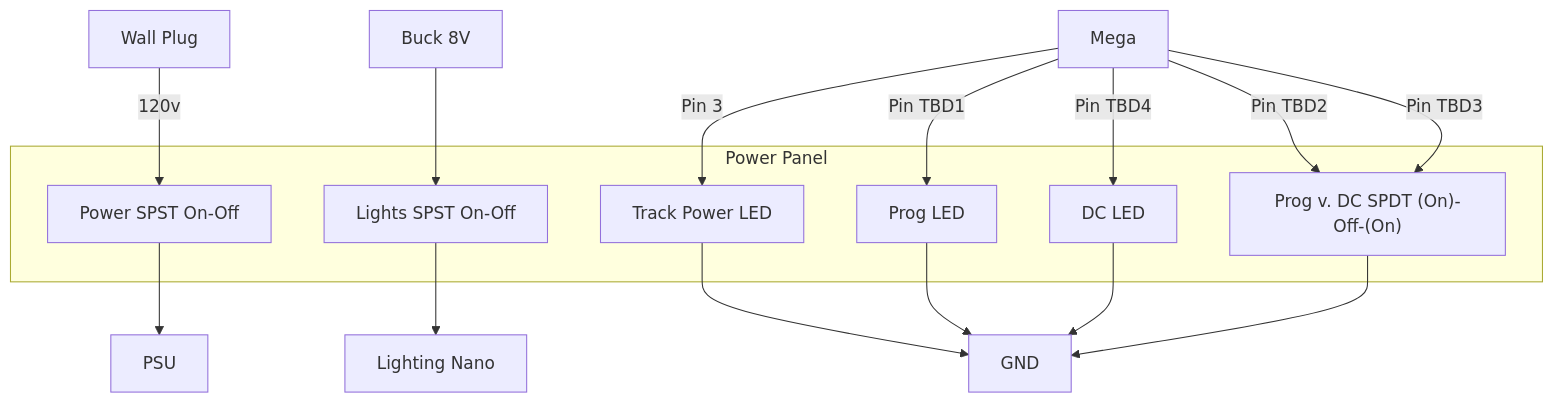
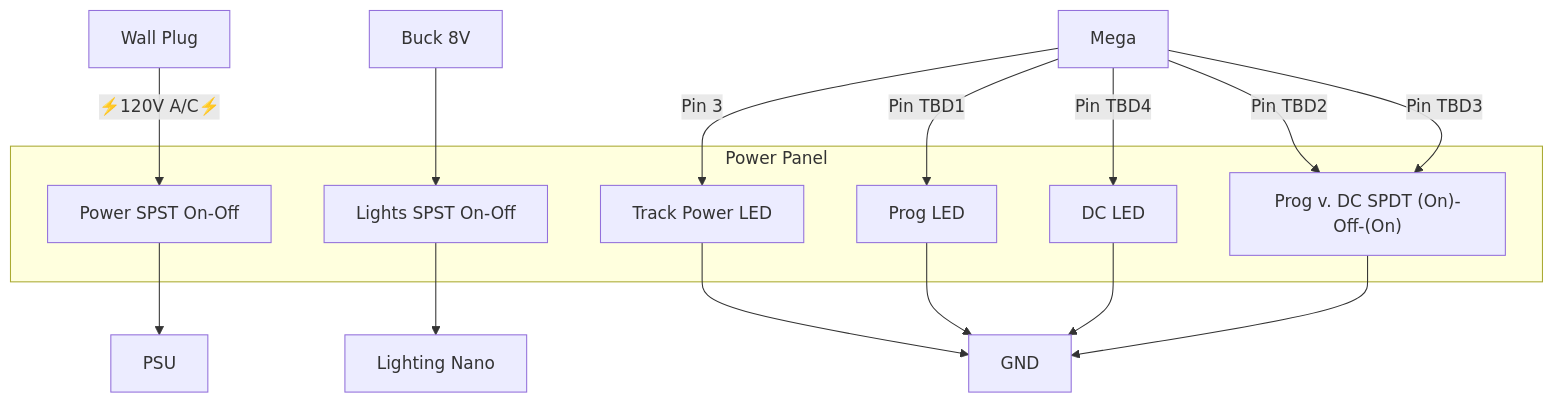
Before and after one commit to kmltechio/lumber_district: the third of 3 diagrams in README.md, drawn with Mermaid. The commit also changed other lines of this file, not shown here.

````diff
--- a/README.md
+++ b/README.md
@@ -73,20 +74,20 @@
 ```mermaid
 flowchart 
   subgraph Panel[Power Panel]
     Toggle1[Power SPST On-Off]
     Toggle2[Lights SPST On-Off]
     LED1[Track Power LED]
     Toggle3["Prog v. DC SPDT (On)-Off-(On)"]
     LED2[Prog LED]
     LED3[DC LED]
     end
-  Wall[Wall Plug] -->|120v| Toggle1 --> PSU
+  Wall[Wall Plug] -->|"⚡️120V A/C⚡️"| Toggle1 --> PSU
   Buck8[Buck 8V] --> Toggle2 --> Lights[Lighting Nano]
   Mega -->|Pin 3| LED1
   Mega -->|Pin TBD1| LED2
   Mega -->|Pin TBD2| Toggle3
   Mega -->|Pin TBD3| Toggle3
   Mega -->|Pin TBD4| LED3
   LED1 & LED2 & LED3 & Toggle3 --> GND
     
 ```
````
